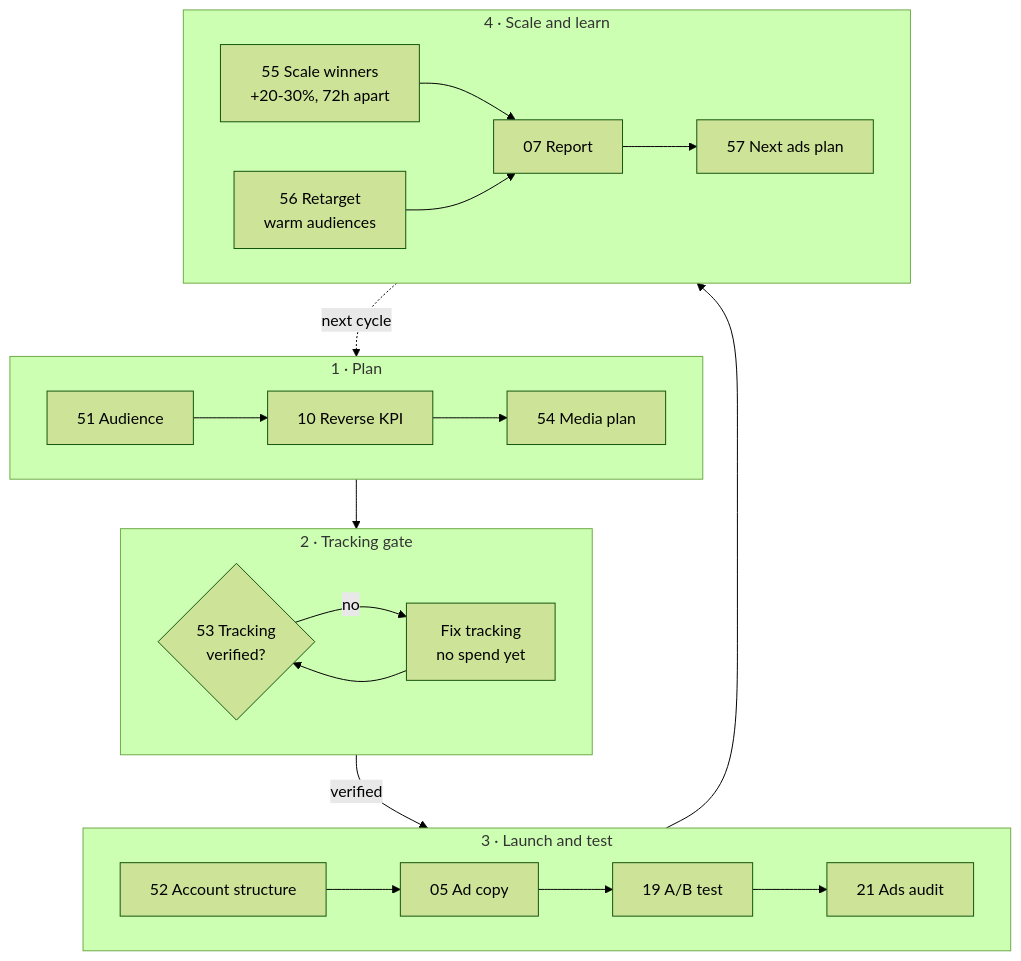
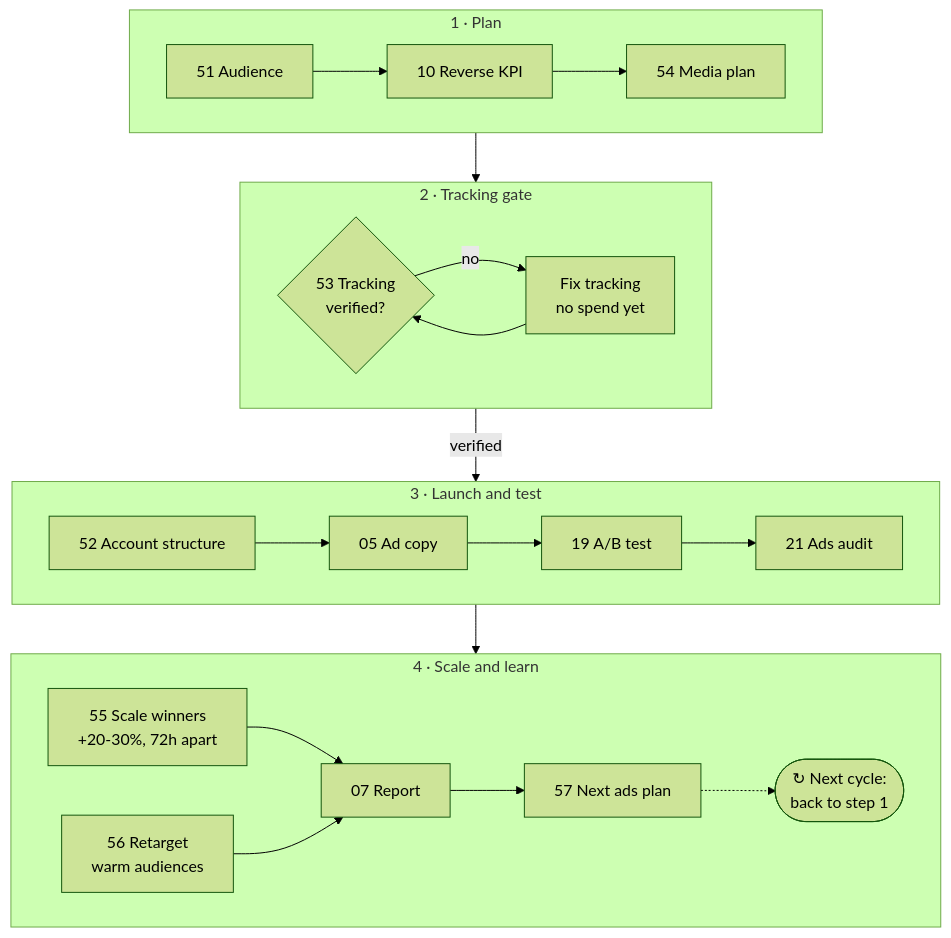
Before and after one commit to minhnv0807/ai-business-skills: the sixth of 8 diagrams in README.md, drawn with Mermaid (forest theme). The commit also changed other lines of this file and 1 other file, not shown here.

First line of the commit message:
docs(readme): end each loop with a back-to-step-1 node and make the skill picker a table

````diff
--- a/README.md
+++ b/README.md
@@ -297,23 +294,22 @@
 ```mermaid
 flowchart TB
     subgraph PLAN["1 · Plan"]
         direction LR
         A["51 Audience"] --> K["10 Reverse KPI"] --> M["54 Media plan"]
     end
     subgraph GATE["2 · Tracking gate"]
         direction LR
         T{"53 Tracking<br/>verified?"} -->|no| FIX["Fix tracking<br/>no spend yet"] --> T
     end
     subgraph RUN["3 · Launch and test"]
         direction LR
         S["52 Account structure"] --> C["05 Ad copy"] --> AB["19 A/B test"] --> AU["21 Ads audit"]
     end
     subgraph GROW["4 · Scale and learn"]
         direction LR
         SC["55 Scale winners<br/>+20-30%, 72h apart"] --> R["07 Report"]
         RT["56 Retarget<br/>warm audiences"] --> R
-        R --> N["57 Next ads plan"]
+        R --> N["57 Next ads plan"] -.-> AGAIN(["↻ Next cycle:<br/>back to step 1"])
     end
     PLAN --> GATE -->|verified| RUN --> GROW
-    GROW -.->|next cycle| PLAN
 ```
````
